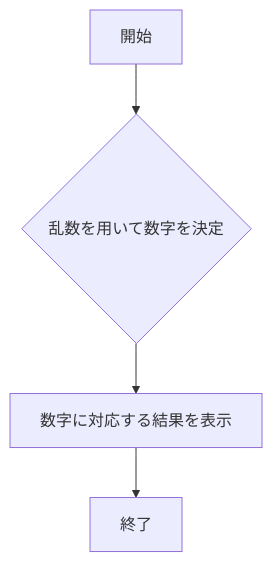
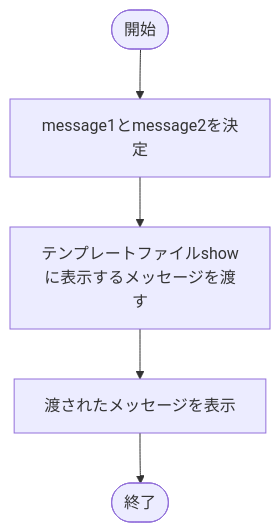
Before and after one commit to tubuanko/webpro_06: the first of 7 diagrams in README.md, drawn with Mermaid. The commit also changed other lines of this file and 1 other file, not shown here.

````diff
--- a/README.md
+++ b/README.md
@@ -47,13 +36,8 @@
 ```mermaid
 flowchart TD;
-start["開始"];
-random{"乱数を用いて数字を決定"}
-数字に対応する結果を表示
-end1["終了"]
-random{"乱数を用いて数字を決定"}
-
-
-start --> random　--> 数字に対応する結果を表示
--->end1
-
+    
+    start([開始]) --> a[message1とmessage2を決定]
+     --> b[テンプレートファイルshowに表示するメッセージを渡す] 
+     --> c[渡されたメッセージを表示]
+     --> d([終了])
 ```
````
